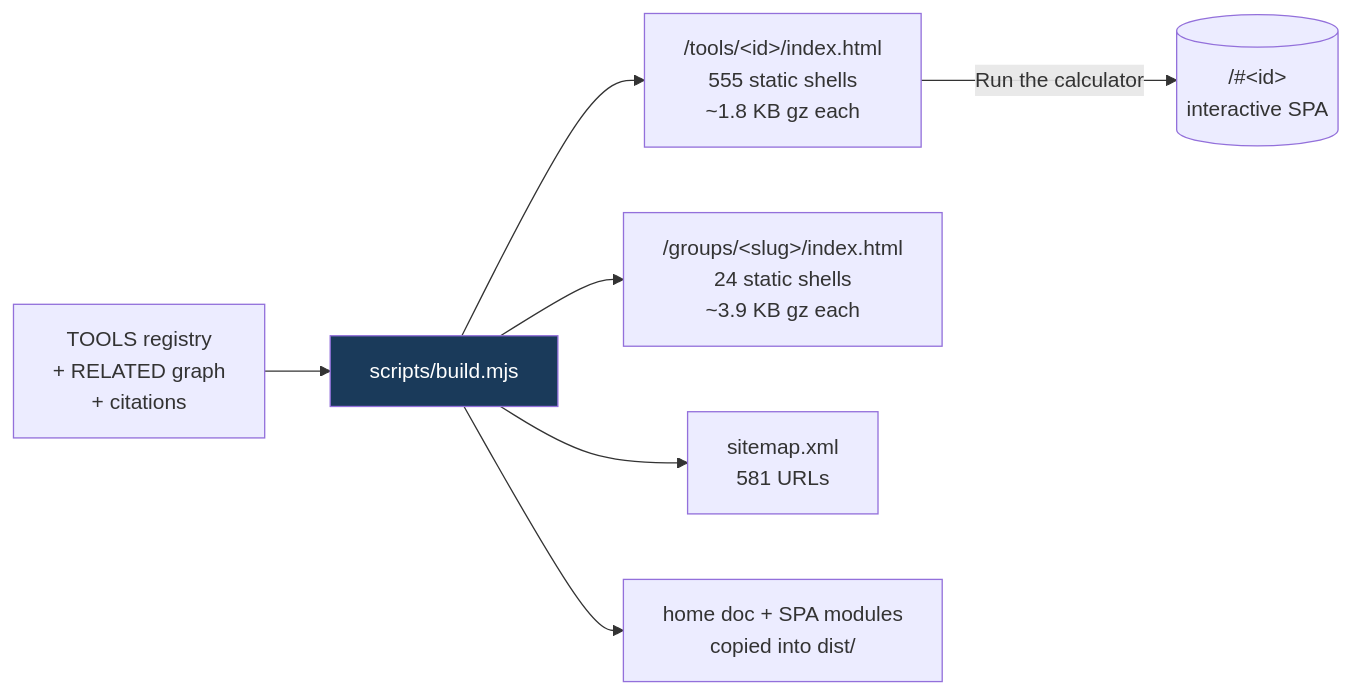
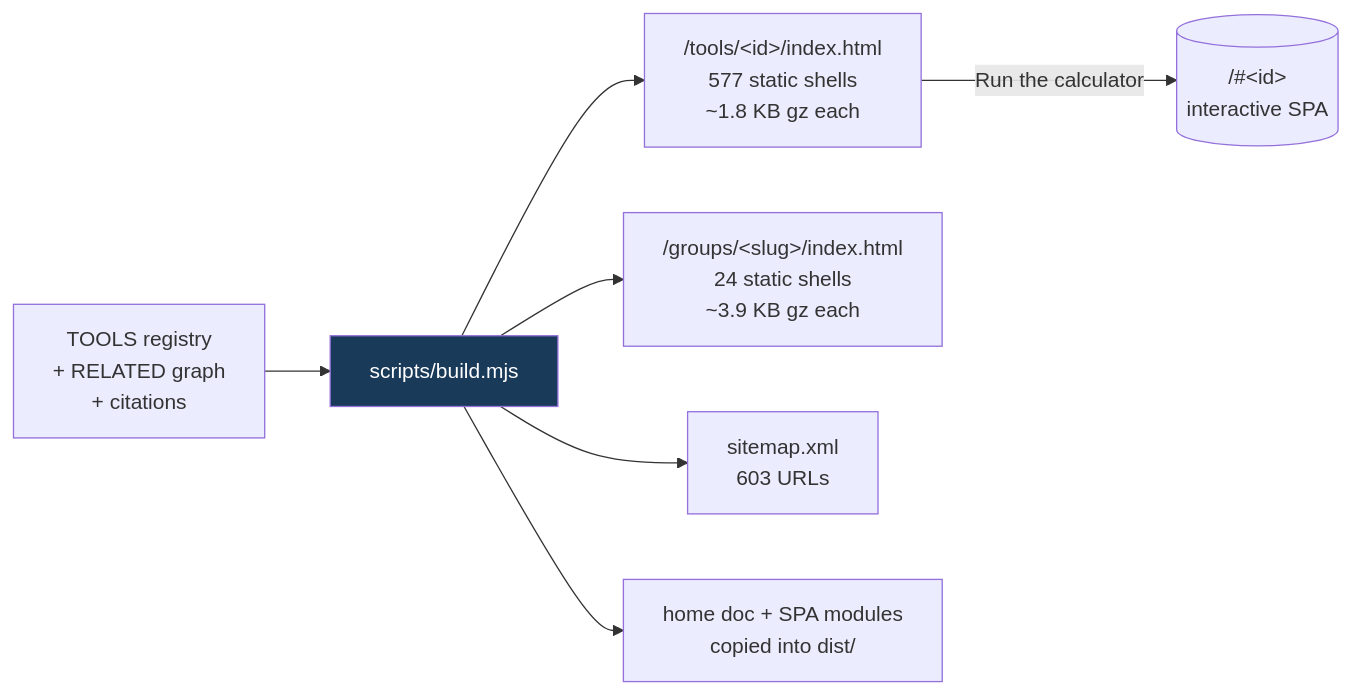
One commit to clay-good/roughlogic.com changed the third of 6 diagrams in README.md. Above: the diagram before and after it, drawn with Mermaid. The commit also changed other lines of this file and 5 other files, not shown here.

````diff
--- a/README.md
+++ b/README.md
@@ -272,10 +272,10 @@
 ```mermaid
 flowchart LR
     SRC[TOOLS registry\n+ RELATED graph\n+ citations] --> BUILD[scripts/build.mjs]
-    BUILD --> TILE["/tools/&lt;id&gt;/index.html\n555 static shells\n~1.8 KB gz each"]
+    BUILD --> TILE["/tools/&lt;id&gt;/index.html\n577 static shells\n~1.8 KB gz each"]
     BUILD --> GROUP["/groups/&lt;slug&gt;/index.html\n24 static shells\n~3.9 KB gz each"]
-    BUILD --> MAP["sitemap.xml\n581 URLs"]
+    BUILD --> MAP["sitemap.xml\n603 URLs"]
     BUILD --> COPY[home doc + SPA modules\ncopied into dist/]
     TILE -->|Run the calculator| SPA[("/#&lt;id&gt;\ninteractive SPA")]
     style BUILD fill:#1a3a5a,color:#fff
 ```
````
